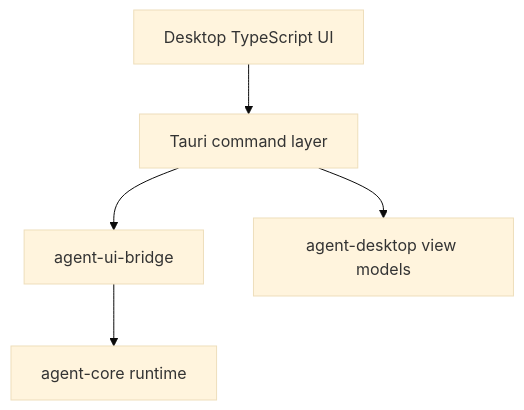
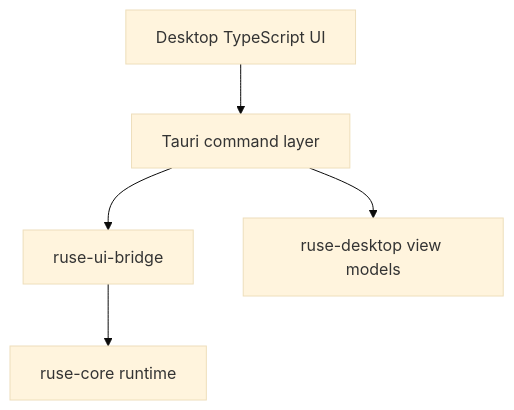
Before and after one commit to poneding/agent: the diagram in docs/specs/M21-desktop-gui-mvp.spec.md, drawn with Mermaid (base theme). The commit also changed other lines of this file and 2091 other files, not shown here.

First line of the commit message:
refactor: rename agent branding to ruse

````diff
--- a/docs/specs/M21-desktop-gui-mvp.spec.md
+++ b/docs/specs/M21-desktop-gui-mvp.spec.md
@@ -32,7 +32,7 @@
 ```mermaid
 flowchart TD
   WebUI["Desktop TypeScript UI"] --> Tauri["Tauri command layer"]
-  Tauri --> Bridge["agent-ui-bridge"]
-  Bridge --> Core["agent-core runtime"]
-  Tauri --> Desktop["agent-desktop view models"]
+  Tauri --> Bridge["ruse-ui-bridge"]
+  Bridge --> Core["ruse-core runtime"]
+  Tauri --> Desktop["ruse-desktop view models"]
 ```
````
